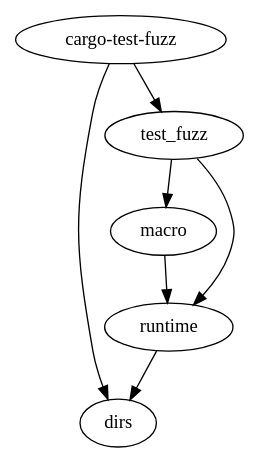
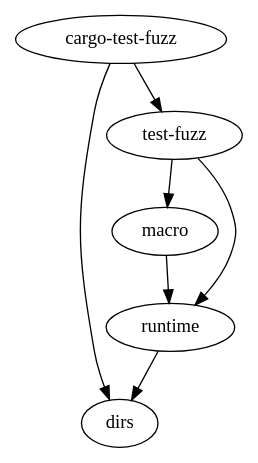
Before and after one commit to trailofbits/test-fuzz: the diagram in doc/crates.dot, drawn with Graphviz.

```diff
--- a/doc/crates.dot
+++ b/doc/crates.dot
@@ -1,8 +1,8 @@
 digraph {
     "cargo-test-fuzz" -> "dirs"
-    "cargo-test-fuzz" -> "test_fuzz"
+    "cargo-test-fuzz" -> "test-fuzz"
     "macro" -> "runtime"
     "runtime" -> "dirs"
-    "test_fuzz" -> "runtime"
-    "test_fuzz" -> "macro"
+    "test-fuzz" -> "runtime"
+    "test-fuzz" -> "macro"
 }
```
